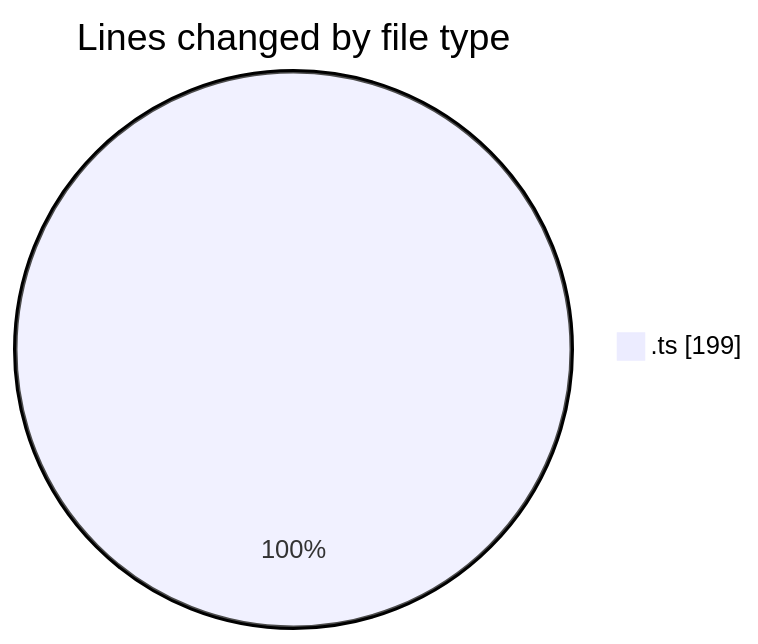
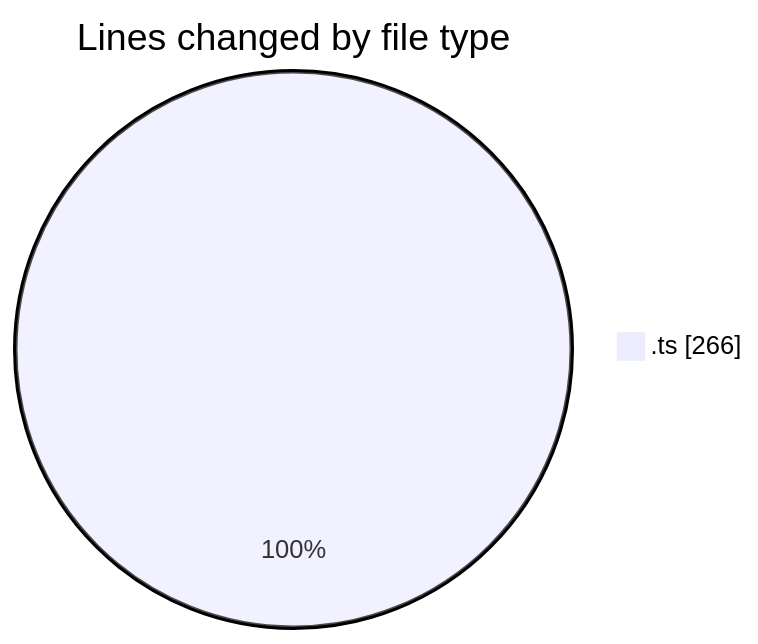
Before and after one commit to EIIisD/code-tracking: the first of 2 diagrams in 2025-08-18/claudecraft/README.md, drawn with Mermaid. The commit also changed other lines of this file and 1 other file, not shown here.

````diff
--- a/2025-08-18/claudecraft/README.md
+++ b/2025-08-18/claudecraft/README.md
@@ -20,5 +20,5 @@
 ```mermaid
 pie showData
 title Lines changed by file type
-".ts" : 199
+".ts" : 266
 ```
````
